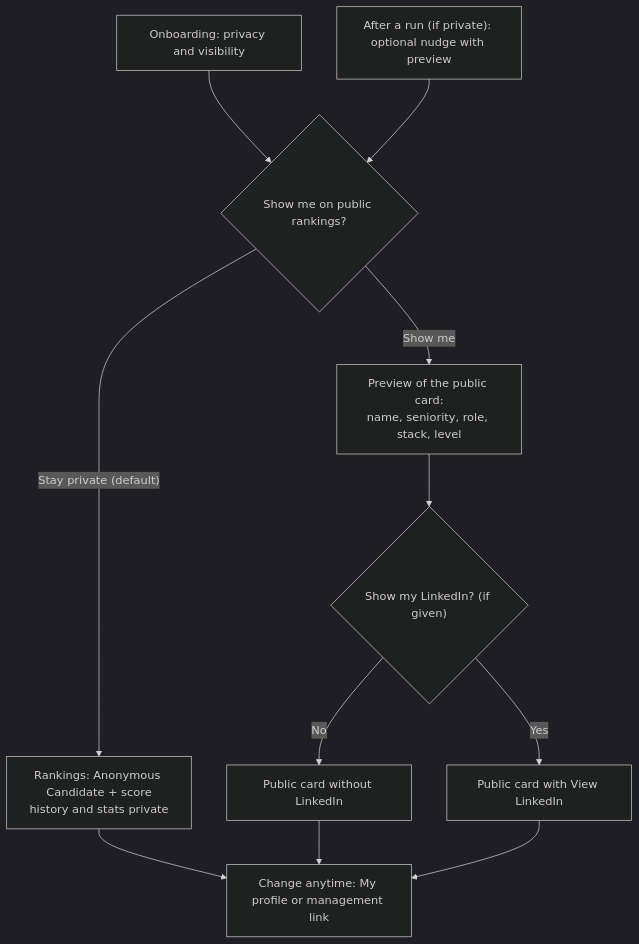
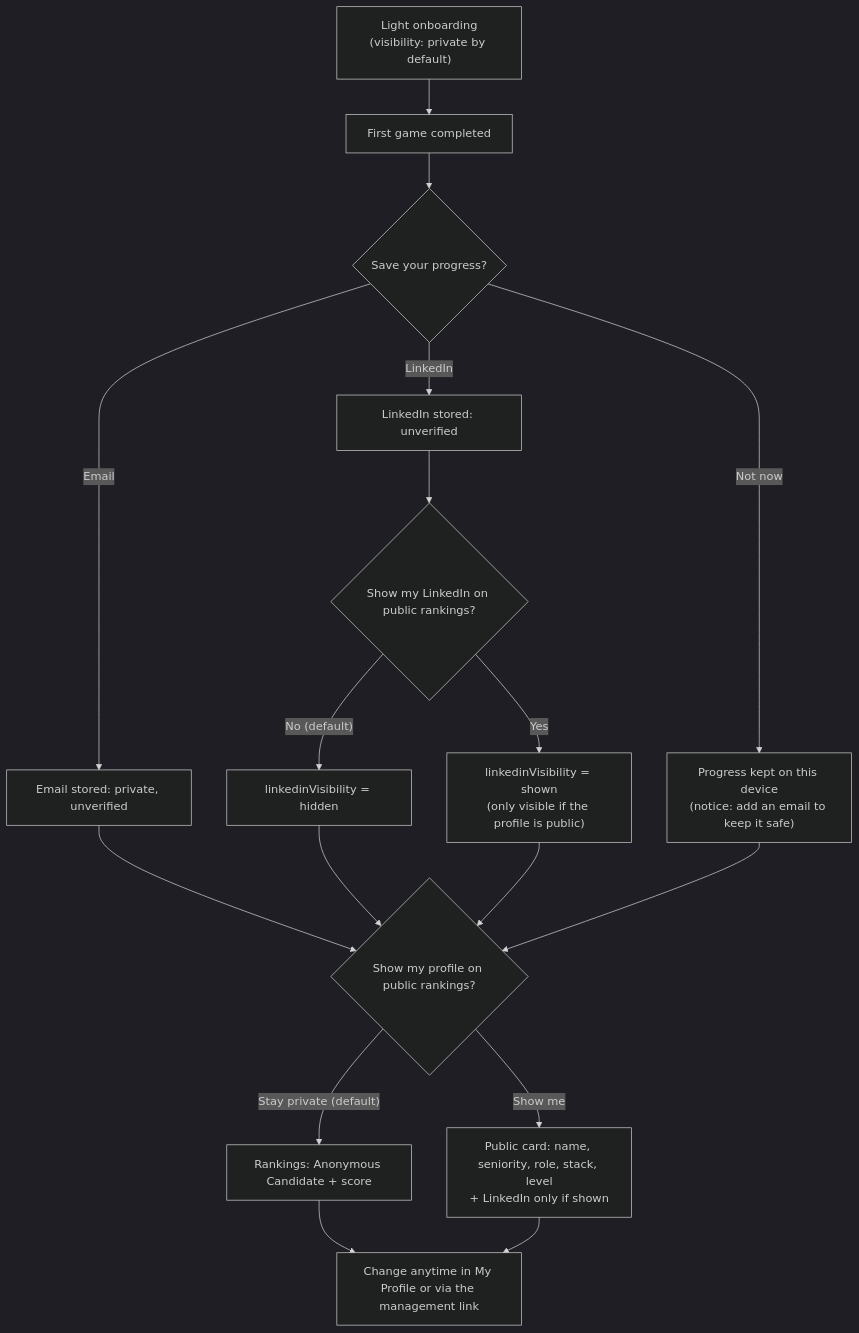
One commit to ricardoverita/cv-rush changed the diagram in docs/product/public-profile-and-privacy.md. Above: the diagram before and after it, drawn with Mermaid (dark theme). The commit also changed other lines of this file and 34 other files, not shown here.

````diff
--- a/docs/product/public-profile-and-privacy.md
+++ b/docs/product/public-profile-and-privacy.md
@@ -83,13 +84,19 @@
 ```mermaid
 flowchart TD
-  onboarding["Onboarding: privacy and visibility"] --> choice{"Show me on public rankings?"}
-  choice -->|"Stay private (default)"| private["Rankings: Anonymous Candidate + score<br/>history and stats private"]
-  choice -->|"Show me"| preview["Preview of the public card:<br/>name, seniority, role, stack, level"]
-  preview --> liChoice{"Show my LinkedIn? (if given)"}
-  liChoice -->|"No"| pub["Public card without LinkedIn"]
-  liChoice -->|"Yes"| pubLi["Public card with View LinkedIn"]
-  private --> later["Change anytime: My profile or management link"]
-  pub --> later
-  pubLi --> later
-  results["After a run (if private): optional nudge with preview"] --> choice
+  onboarding["Light onboarding<br/>(visibility: private by default)"] --> firstGame["First game completed"]
+  firstGame --> save{"Save your progress?"}
+  save -->|"Not now"| deviceOnly["Progress kept on this device<br/>(notice: add an email to keep it safe)"]
+  save -->|"Email"| email["Email stored: private, unverified"]
+  save -->|"LinkedIn"| li["LinkedIn stored: unverified"]
+  li --> liShow{"Show my LinkedIn on public rankings?"}
+  liShow -->|"No (default)"| liHidden["linkedinVisibility = hidden"]
+  liShow -->|"Yes"| liShown["linkedinVisibility = shown<br/>(only visible if the profile is public)"]
+  email --> public{"Show my profile on public rankings?"}
+  liHidden --> public
+  liShown --> public
+  deviceOnly --> public
+  public -->|"Stay private (default)"| anon["Rankings: Anonymous Candidate + score"]
+  public -->|"Show me"| card["Public card: name, seniority, role, stack, level<br/>+ LinkedIn only if shown"]
+  anon --> later["Change anytime in My Profile or via the management link"]
+  card --> later
 ```
````
